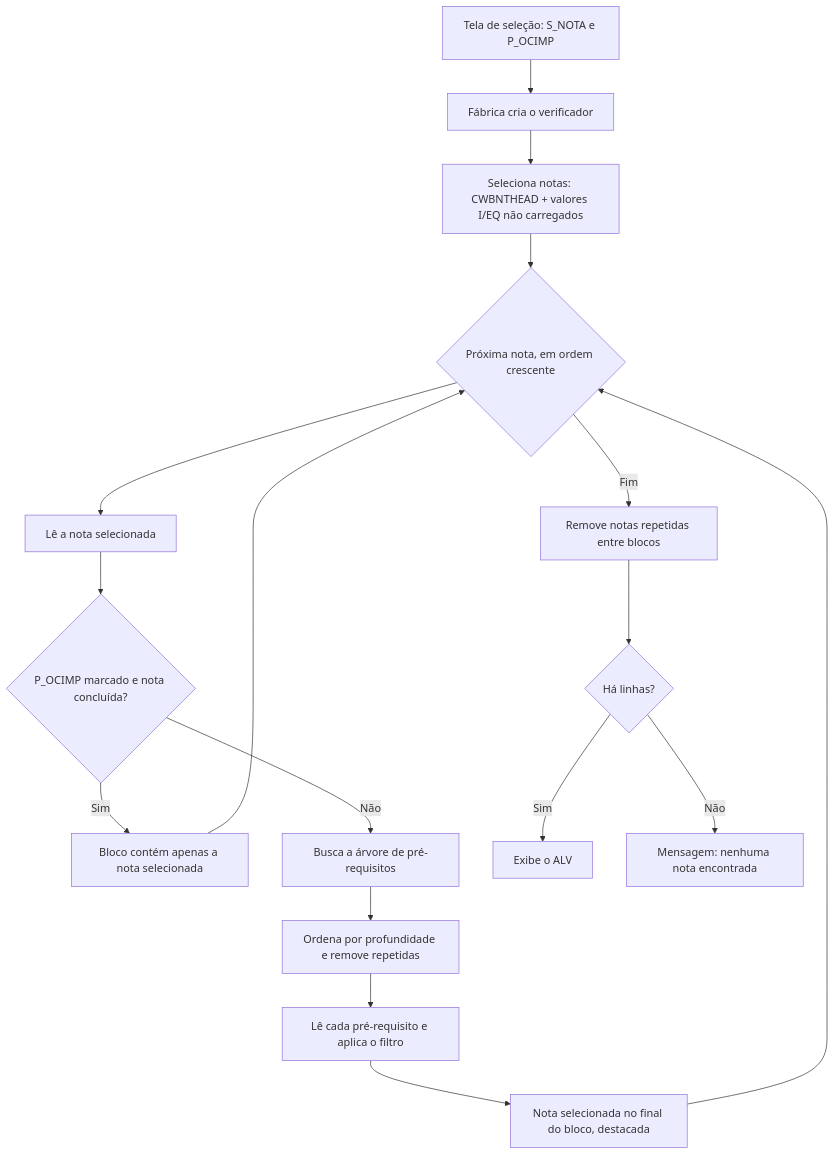
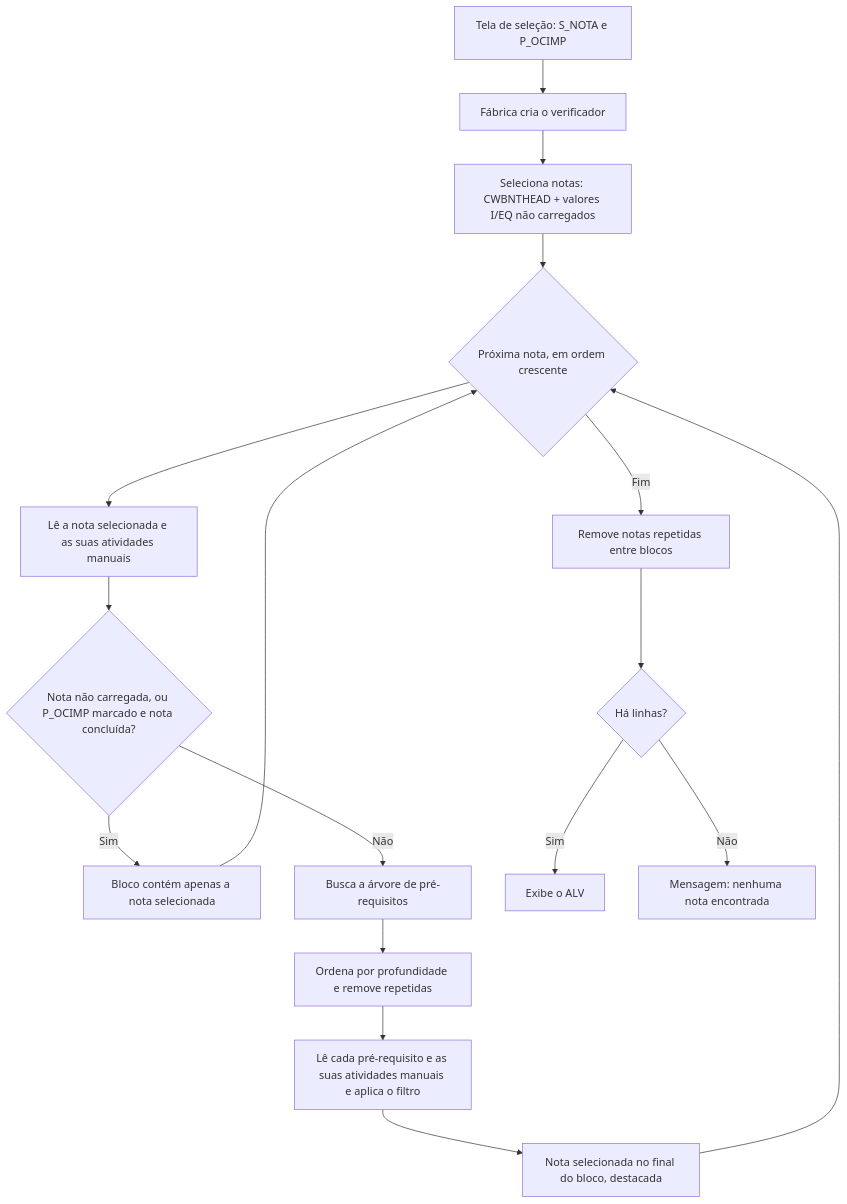
The second of 3 diagrams in README.md (JoaoFerrareis02/Projeto-Verificador-Notas-SAP), drawn with Mermaid before and after one commit. The commit also changed other lines of this file, not shown here.

````diff
--- a/README.md
+++ b/README.md
@@ -94,19 +102,19 @@
 ```mermaid
 flowchart TD
     A["Tela de seleção: S_NOTA e P_OCIMP"] --> B["Fábrica cria o verificador"]
     B --> C["Seleciona notas: CWBNTHEAD + valores I/EQ não carregados"]
     C --> D{"Próxima nota, em ordem crescente"}
-    D --> E["Lê a nota selecionada"]
-    E --> F{"P_OCIMP marcado e nota concluída?"}
+    D --> E["Lê a nota selecionada e as suas atividades manuais"]
+    E --> F{"Nota não carregada, ou P_OCIMP marcado e nota concluída?"}
     F -- Sim --> K["Bloco contém apenas a nota selecionada"]
     F -- Não --> G["Busca a árvore de pré-requisitos"]
     G --> H["Ordena por profundidade e remove repetidas"]
-    H --> I["Lê cada pré-requisito e aplica o filtro"]
+    H --> I["Lê cada pré-requisito e as suas atividades manuais e aplica o filtro"]
     I --> J["Nota selecionada no final do bloco, destacada"]
     J --> D
     K --> D
     D -- Fim --> M["Remove notas repetidas entre blocos"]
     M --> N{"Há linhas?"}
     N -- Sim --> O["Exibe o ALV"]
     N -- Não --> P["Mensagem: nenhuma nota encontrada"]
 ```
````
